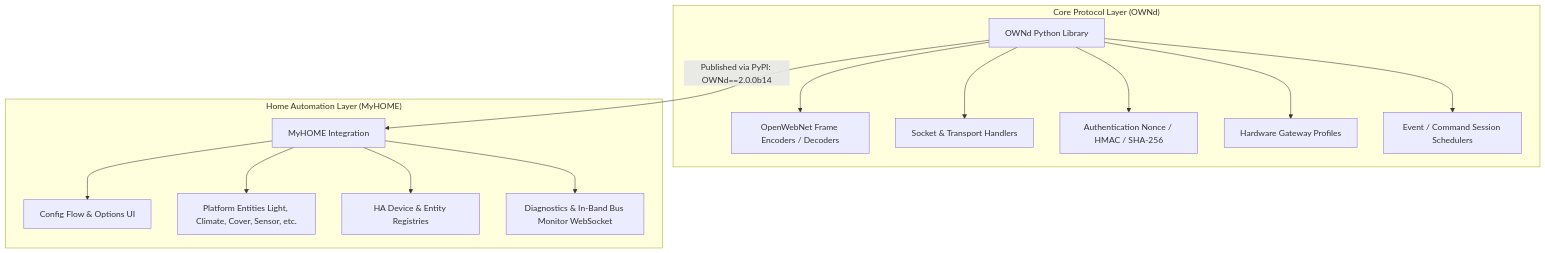
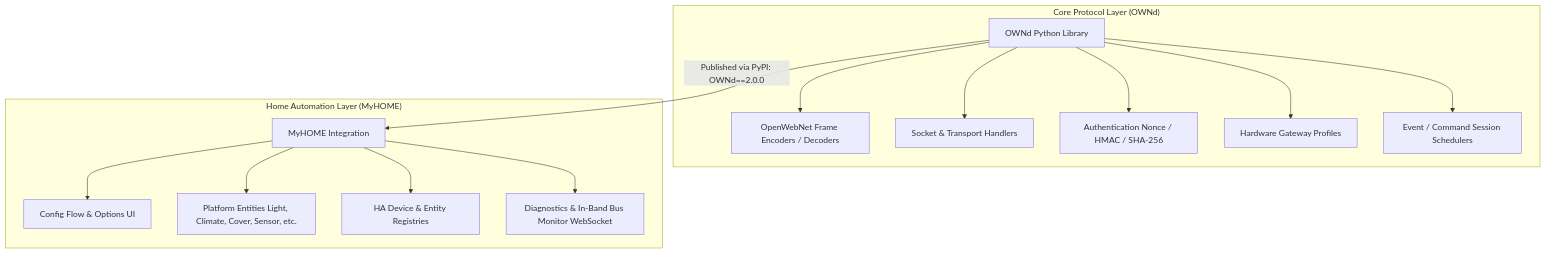
The first of 2 diagrams in docs/architecture/anti-drift-safeguards.md (OpenWebNet-HA/MyHOME), drawn with Mermaid before and after one commit. The commit also changed other lines of this file and 21 other files, not shown here.

````diff
--- a/docs/architecture/anti-drift-safeguards.md
+++ b/docs/architecture/anti-drift-safeguards.md
@@ -11,19 +11,19 @@
 ```mermaid
 graph TD
     subgraph "Core Protocol Layer (OWNd)"
         A[OWNd Python Library] --> A1[OpenWebNet Frame Encoders / Decoders]
         A --> A2[Socket & Transport Handlers]
         A --> A3[Authentication Nonce / HMAC / SHA-256]
         A --> A4[Hardware Gateway Profiles]
         A --> A5[Event / Command Session Schedulers]
     end
 
     subgraph "Home Automation Layer (MyHOME)"
         B[MyHOME Integration] --> B1[Config Flow & Options UI]
         B --> B2[Platform Entities Light, Climate, Cover, Sensor, etc.]
         B --> B3[HA Device & Entity Registries]
         B --> B4[Diagnostics & In-Band Bus Monitor WebSocket]
     end
 
-    A -->|Published via PyPI: OWNd==2.0.0b14| B
+    A -->|Published via PyPI: OWNd==2.0.0| B
 ```
````
